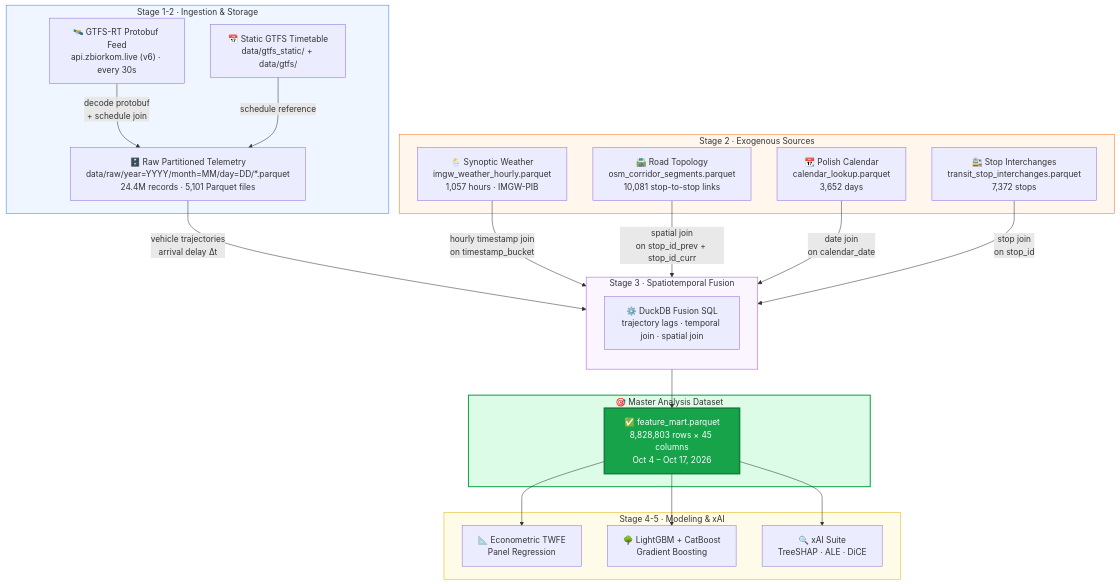
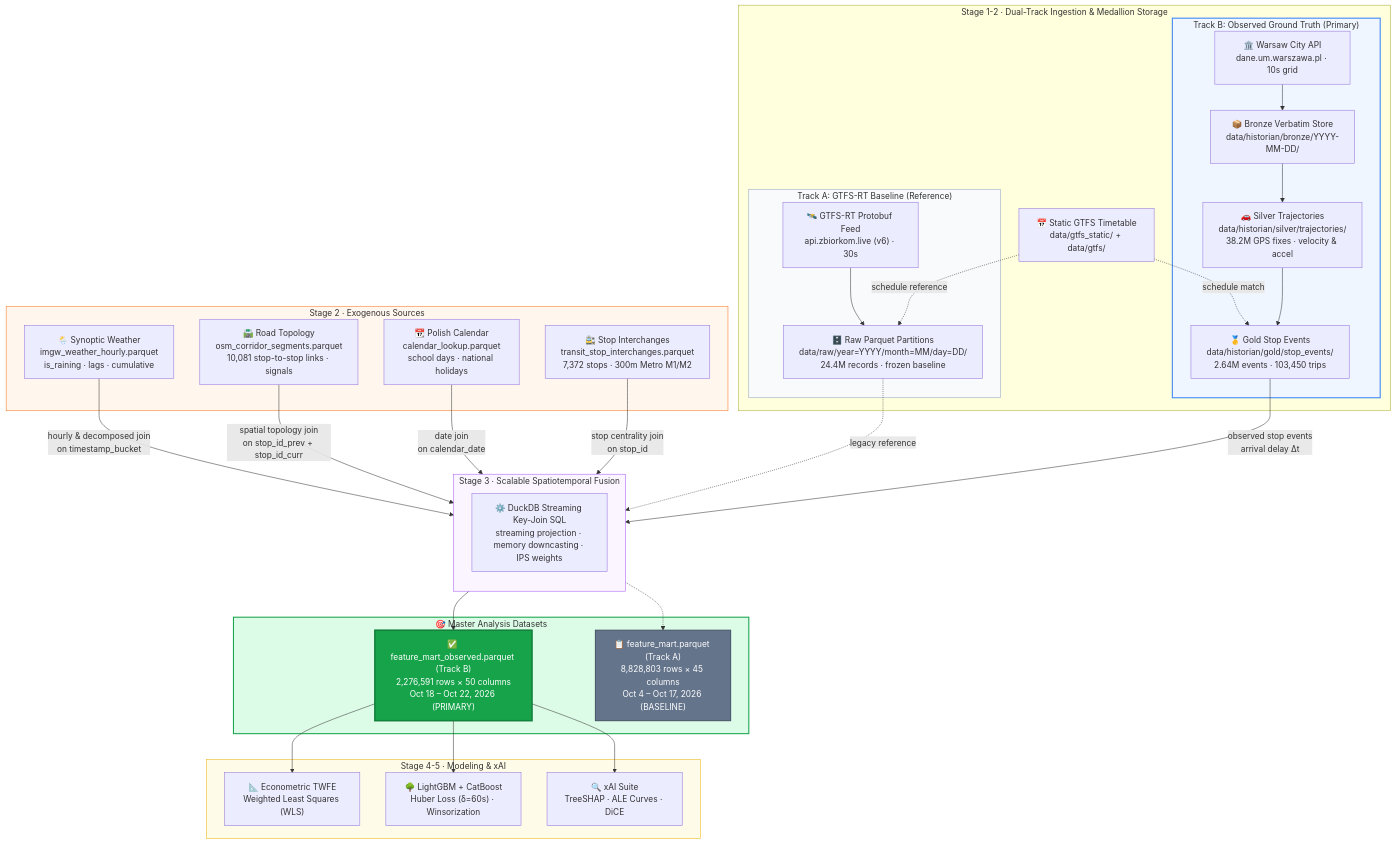
Before and after one commit to giangh14cqt/warsaw-public-transport-monitor: the first of 2 diagrams in DATA_SCHEMA.md, drawn with Mermaid. The commit also changed other lines of this file and 42 other files, not shown here.

First line of the commit message:
feat: add multi-dimensional stratified sampling, Huber loss, multi-month scalability, and 5-day observed benchmark

````diff
--- a/DATA_SCHEMA.md
+++ b/DATA_SCHEMA.md
@@ -13,49 +13,66 @@
 ```mermaid
 flowchart TD
-    subgraph INGESTION["Stage 1-2 · Ingestion & Storage"]
-        GTFSRT["🛰️ GTFS-RT Protobuf Feed\napi.zbiorkom.live (v6) · every 30s"]
+    subgraph INGESTION["Stage 1-2 · Dual-Track Ingestion & Medallion Storage"]
+        subgraph TRACK_B["Track B: Observed Ground Truth (Primary)"]
+            UM["🏛️ Warsaw City API\ndane.um.warszawa.pl · 10s grid"]
+            BRONZE["📦 Bronze Verbatim Store\ndata/historian/bronze/YYYY-MM-DD/"]
+            SILVER["🚗 Silver Trajectories\ndata/historian/silver/trajectories/\n38.2M GPS fixes · velocity & accel"]
+            GOLD["🥇 Gold Stop Events\ndata/historian/gold/stop_events/\n2.64M events · 103,450 trips"]
+            UM --> BRONZE --> SILVER --> GOLD
+        end
+
+        subgraph TRACK_A["Track A: GTFS-RT Baseline (Reference)"]
+            GTFSRT["🛰️ GTFS-RT Protobuf Feed\napi.zbiorkom.live (v6) · 30s"]
+            RAW["🗄️ Raw Parquet Partitions\ndata/raw/year=YYYY/month=MM/day=DD/\n24.4M records · frozen baseline"]
+            GTFSRT --> RAW
+        end
+
         GTFS["📅 Static GTFS Timetable\ndata/gtfs_static/ + data/gtfs/"]
-        RAW["🗄️ Raw Partitioned Telemetry\ndata/raw/year=YYYY/month=MM/day=DD/*.parquet\n24.4M records · 5,101 Parquet files"]
-        GTFSRT -->|"decode protobuf\n+ schedule join"| RAW
-        GTFS -->|"schedule reference"| RAW
+        GTFS -.->|"schedule match"| GOLD
+        GTFS -.->|"schedule reference"| RAW
     end
 
     subgraph EXOGENOUS["Stage 2 · Exogenous Sources"]
-        WEATHER["🌦️ Synoptic Weather\nimgw_weather_hourly.parquet\n1,057 hours · IMGW-PIB"]
-        OSM["🛣️ Road Topology\nosm_corridor_segments.parquet\n10,081 stop-to-stop links"]
-        CAL["📆 Polish Calendar\ncalendar_lookup.parquet\n3,652 days"]
-        HUB["🚉 Stop Interchanges\ntransit_stop_interchanges.parquet\n7,372 stops"]
+        WEATHER["🌦️ Synoptic Weather\nimgw_weather_hourly.parquet\nis_raining · lags · cumulative"]
+        OSM["🛣️ Road Topology\nosm_corridor_segments.parquet\n10,081 stop-to-stop links · signals"]
+        CAL["📆 Polish Calendar\ncalendar_lookup.parquet\nschool days · national holidays"]
+        HUB["🚉 Stop Interchanges\ntransit_stop_interchanges.parquet\n7,372 stops · 300m Metro M1/M2"]
     end
 
-    subgraph FUSION["Stage 3 · Spatiotemporal Fusion"]
+    subgraph FUSION["Stage 3 · Scalable Spatiotemporal Fusion"]
         direction TB
-        SQL["⚙️ DuckDB Fusion SQL\ntrajectory lags · temporal join · spatial join"]
+        SQL["⚙️ DuckDB Streaming Key-Join SQL\nstreaming projection · memory downcasting · IPS weights"]
     end
 
-    subgraph MART["🎯 Master Analysis Dataset"]
-        FM["✅ feature_mart.parquet\n8,828,803 rows × 45 columns\nOct 4 – Oct 17, 2026"]
+    subgraph MART["🎯 Master Analysis Datasets"]
+        FM_OBS["✅ feature_mart_observed.parquet (Track B)\n2,276,591 rows × 50 columns\nOct 18 – Oct 22, 2026 (PRIMARY)"]
+        FM_REF["📋 feature_mart.parquet (Track A)\n8,828,803 rows × 45 columns\nOct 4 – Oct 17, 2026 (BASELINE)"]
     end
 
     subgraph ANALYSIS["Stage 4-5 · Modeling & xAI"]
-        TWFE["📐 Econometric TWFE\nPanel Regression"]
-        GBM["🌳 LightGBM + CatBoost\nGradient Boosting"]
-        XAI["🔍 xAI Suite\nTreeSHAP · ALE · DiCE"]
+        TWFE["📐 Econometric TWFE\nWeighted Least Squares (WLS)"]
+        GBM["🌳 LightGBM + CatBoost\nHuber Loss (δ=60s) · Winsorization"]
+        XAI["🔍 xAI Suite\nTreeSHAP · ALE Curves · DiCE"]
     end
 
-    RAW -->|"vehicle trajectories\narrival delay Δt"| SQL
-    WEATHER -->|"hourly timestamp join\non timestamp_bucket"| SQL
-    OSM -->|"spatial join\non stop_id_prev + stop_id_curr"| SQL
+    GOLD -->|"observed stop events\narrival delay Δt"| SQL
+    RAW -.->|"legacy reference"| SQL
+    WEATHER -->|"hourly & decomposed join\non timestamp_bucket"| SQL
+    OSM -->|"spatial topology join\non stop_id_prev + stop_id_curr"| SQL
     CAL -->|"date join\non calendar_date"| SQL
-    HUB -->|"stop join\non stop_id"| SQL
-    SQL --> FM
-    FM --> TWFE
-    FM --> GBM
-    FM --> XAI
+    HUB -->|"stop centrality join\non stop_id"| SQL
+    SQL --> FM_OBS
+    SQL -.-> FM_REF
+    FM_OBS --> TWFE
+    FM_OBS --> GBM
+    FM_OBS --> XAI
 
-    style FM fill:#16a34a,color:#fff,stroke:#15803d,stroke-width:3px
+    style FM_OBS fill:#16a34a,color:#fff,stroke:#15803d,stroke-width:3px
+    style FM_REF fill:#64748b,color:#fff,stroke:#475569,stroke-width:2px
     style MART fill:#dcfce7,stroke:#16a34a,stroke-width:2px
-    style INGESTION fill:#eff6ff,stroke:#3b82f6
+    style TRACK_B fill:#eff6ff,stroke:#3b82f6,stroke-width:2px
+    style TRACK_A fill:#f8fafc,stroke:#94a3b8
     style EXOGENOUS fill:#fff7ed,stroke:#f97316
     style FUSION fill:#faf5ff,stroke:#a855f7
     style ANALYSIS fill:#fefce8,stroke:#eab308
 ```
````
